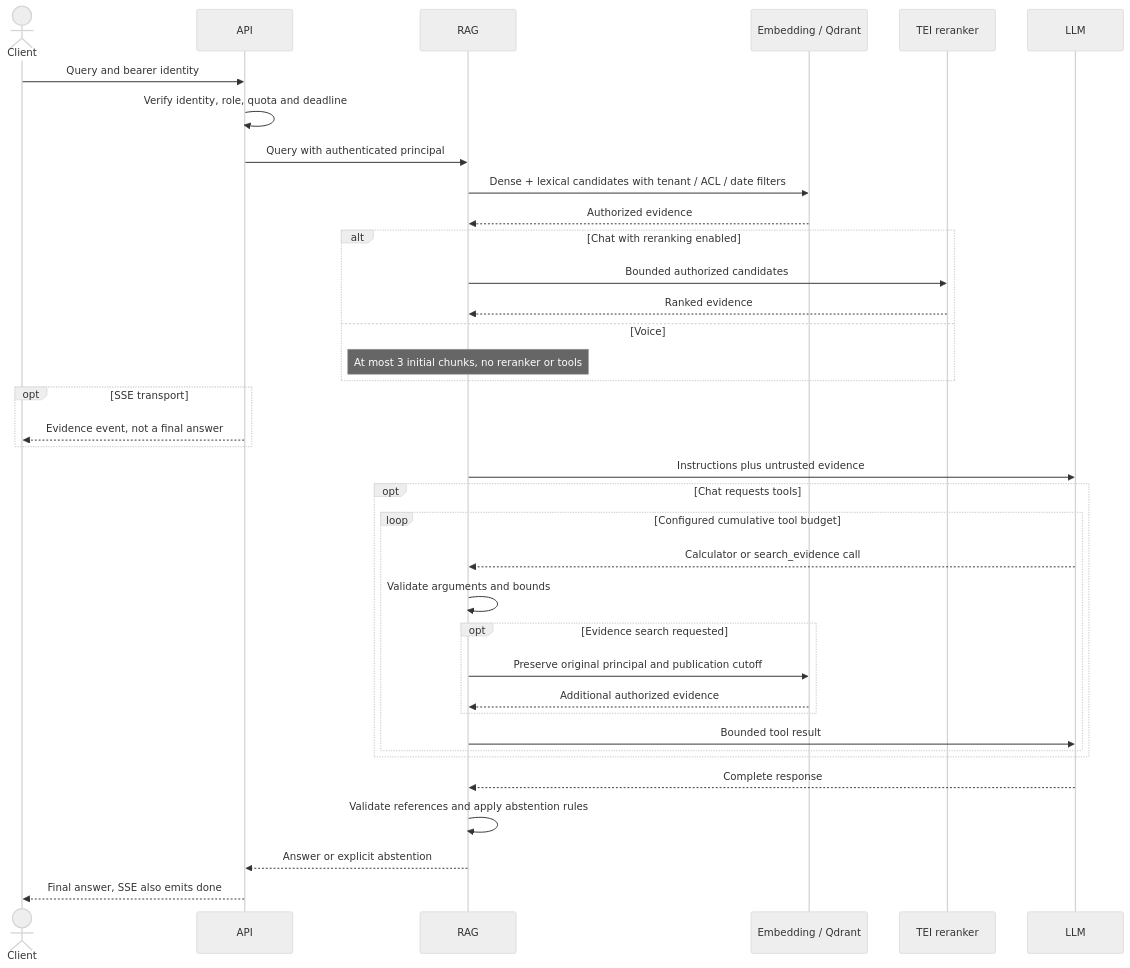
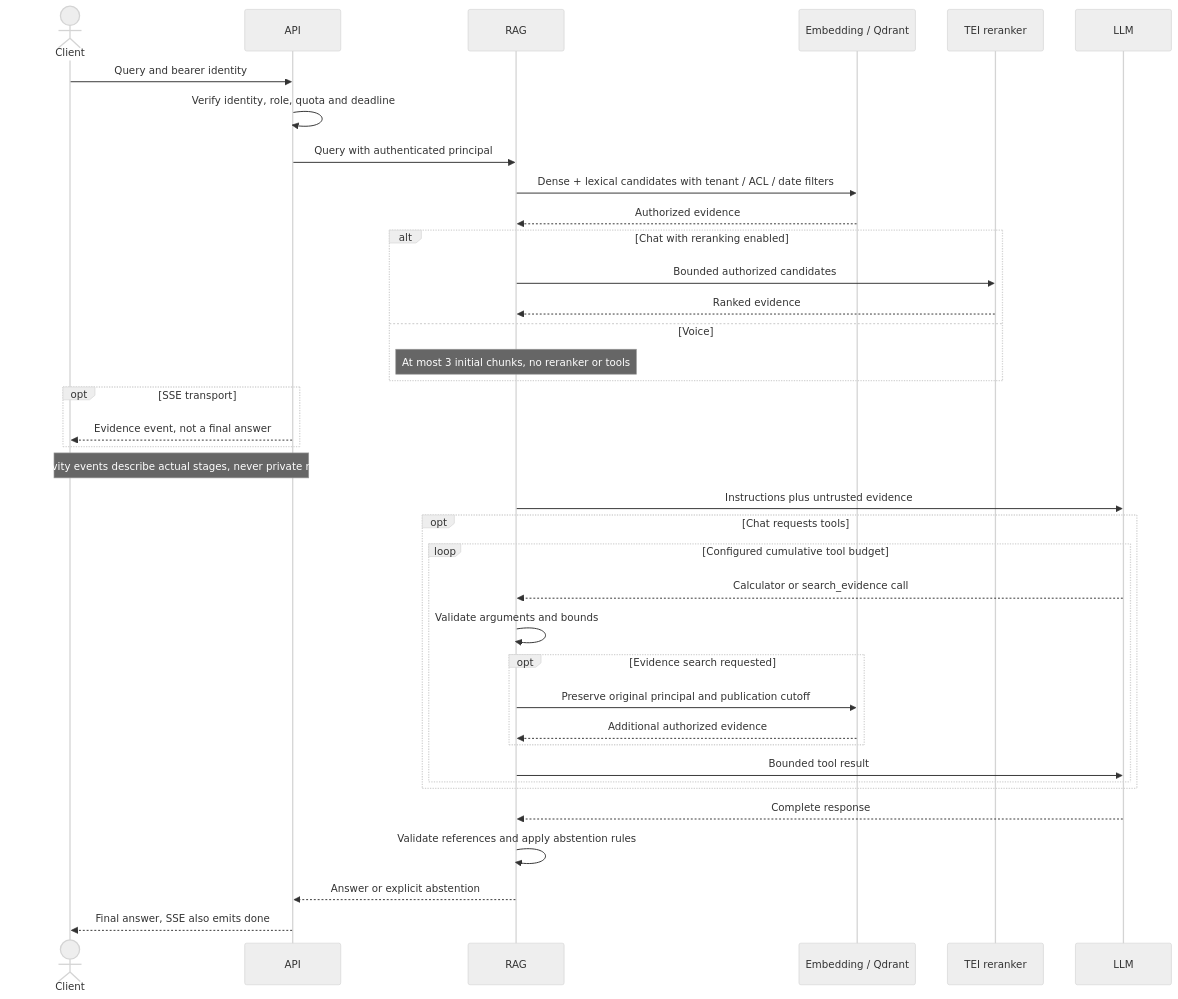
The second of 3 diagrams in docs/ARCHITECTURE.md (tushar-mahalya/ledger_rag), drawn with Mermaid (neutral theme) before and after one commit. The commit also changed other lines of this file and 39 other files, not shown here.

````diff
--- a/docs/ARCHITECTURE.md
+++ b/docs/ARCHITECTURE.md
@@ -55,39 +62,40 @@
 ```mermaid
 sequenceDiagram
     actor Client
     participant API
     participant RAG
     participant Search as Embedding / Qdrant
     participant Rank as TEI reranker
     participant LLM
     Client->>API: Query and bearer identity
     API->>API: Verify identity, role, quota and deadline
     API->>RAG: Query with authenticated principal
     RAG->>Search: Dense + lexical candidates with tenant / ACL / date filters
     Search-->>RAG: Authorized evidence
     alt Chat with reranking enabled
         RAG->>Rank: Bounded authorized candidates
         Rank-->>RAG: Ranked evidence
     else Voice
         Note over RAG: At most 3 initial chunks, no reranker or tools
     end
     opt SSE transport
         API-->>Client: Evidence event, not a final answer
     end
+    Note over API,Client: Safe activity events describe actual stages, never private reasoning
     RAG->>LLM: Instructions plus untrusted evidence
     opt Chat requests tools
         loop Configured cumulative tool budget
             LLM-->>RAG: Calculator or search_evidence call
             RAG->>RAG: Validate arguments and bounds
             opt Evidence search requested
                 RAG->>Search: Preserve original principal and publication cutoff
                 Search-->>RAG: Additional authorized evidence
             end
             RAG->>LLM: Bounded tool result
         end
     end
     LLM-->>RAG: Complete response
     RAG->>RAG: Validate references and apply abstention rules
     RAG-->>API: Answer or explicit abstention
     API-->>Client: Final answer, SSE also emits done
 ```
````
